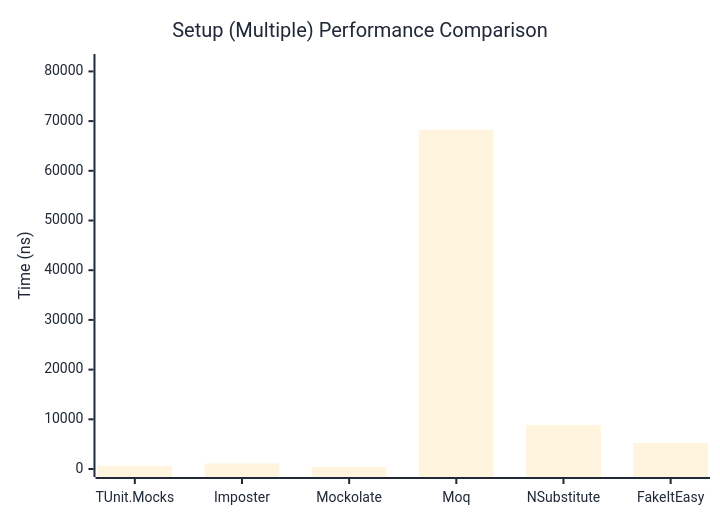
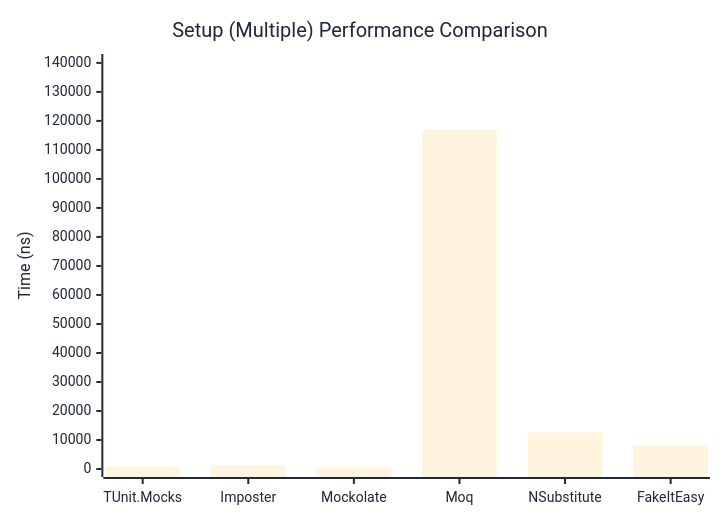
The second of 2 diagrams in docs/docs/benchmarks/mocks/Setup.md (thomhurst/TUnit), drawn with Mermaid before and after one commit. The commit also changed other lines of this file and 14 other files, not shown here.

````diff
--- a/docs/docs/benchmarks/mocks/Setup.md
+++ b/docs/docs/benchmarks/mocks/Setup.md
@@ -71,27 +71,27 @@
 ```mermaid
 %%{init: {
   'theme':'base',
   'themeVariables': {
     'primaryColor': '#2563eb',
     'primaryTextColor': '#1f2937',
     'primaryBorderColor': '#1e40af',
     'lineColor': '#6b7280',
     'secondaryColor': '#7c3aed',
     'tertiaryColor': '#dc2626',
     'background': '#ffffff',
     'pie1': '#2563eb',
     'pie2': '#7c3aed',
     'pie3': '#dc2626',
     'pie4': '#f59e0b',
     'pie5': '#10b981',
     'pie6': '#06b6d4',
     'pie7': '#ec4899',
     'pie8': '#6366f1'
   }
 }}%%
 xychart-beta
   title "Setup (Multiple) Performance Comparison"
   x-axis ["TUnit.Mocks", "Imposter", "Mockolate", "Moq", "NSubstitute", "FakeItEasy"]
-  y-axis "Time (ns)" 0 --> 81895
-  bar [634.5, 1092.4, 451.3, 68245.5, 8834.2, 5237.2]
+  y-axis "Time (ns)" 0 --> 140310
+  bar [780.3, 1373.8, 549, 116924.2, 12615.8, 8146]
 ```
````
